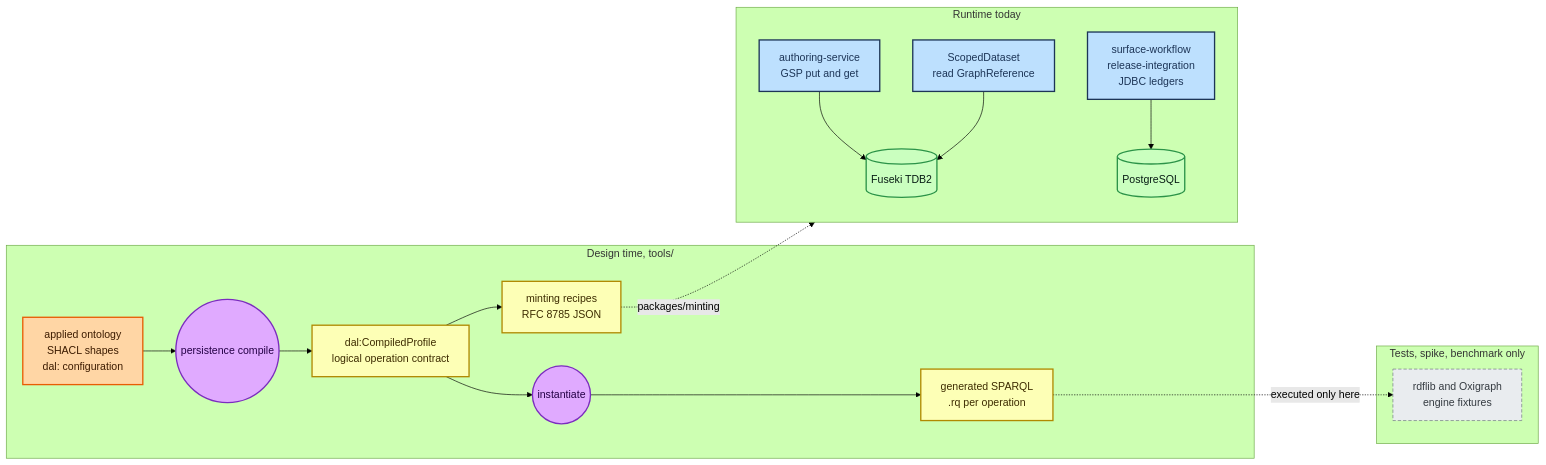
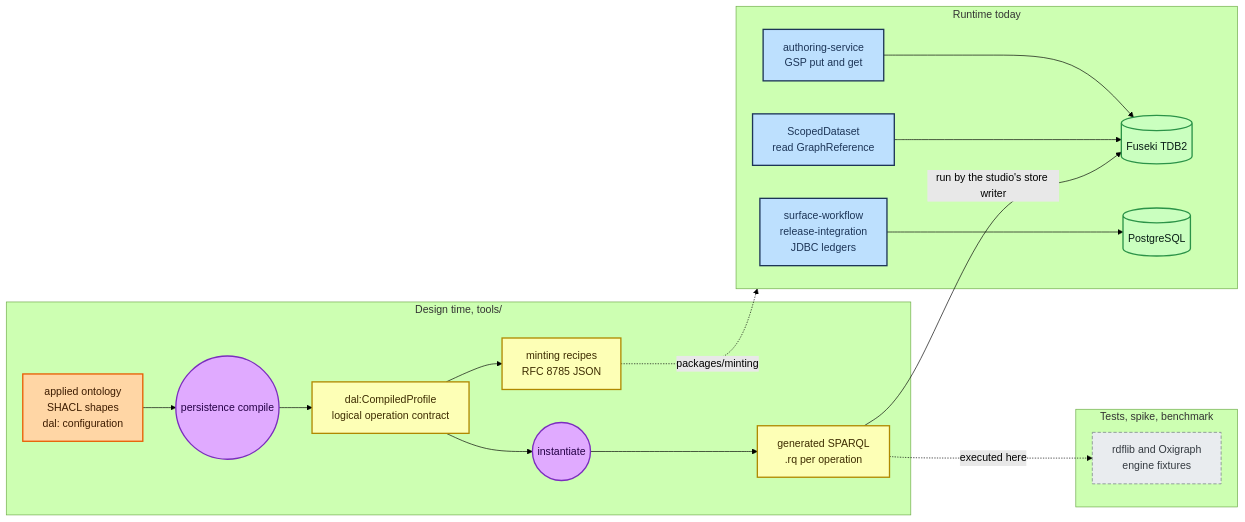
Before and after one commit to nebularis/lattice: the first of 8 diagrams in docs/developer/notes/lpg-backend-options.md, drawn with Mermaid (forest theme). The commit also changed other lines of this file and 1 other file, not shown here.

First line of the commit message:
Sketch the multi-store architecture, a store-neutral IR and the store port

````diff
--- a/docs/developer/notes/lpg-backend-options.md
+++ b/docs/developer/notes/lpg-backend-options.md
@@ -180,38 +161,39 @@
 ```mermaid
 flowchart LR
     classDef cfg fill:#ffd6a5,stroke:#e85d04,stroke-width:2px,color:#3d1c00
     classDef tool fill:#e0aaff,stroke:#7b2cbf,stroke-width:2px,color:#240046
     classDef art fill:#fdffb6,stroke:#b08900,stroke-width:2px,color:#3d2c00
     classDef run fill:#bde0fe,stroke:#1d3557,stroke-width:2px,color:#1d3557
     classDef store fill:#caffbf,stroke:#2b9348,stroke-width:2px,color:#081c15
     classDef test fill:#e9ecef,stroke:#6c757d,stroke-width:1px,color:#343a40,stroke-dasharray:5 3
 
     subgraph DESIGN["Design time, tools/"]
         CFG["applied ontology<br/>SHACL shapes<br/>dal: configuration"]:::cfg
         CMP(("persistence compile")):::tool
         PRF["dal:CompiledProfile<br/>logical operation contract"]:::art
         INS(("instantiate")):::tool
         RQ["generated SPARQL<br/>.rq per operation"]:::art
         REC["minting recipes<br/>RFC 8785 JSON"]:::art
         CFG --> CMP --> PRF --> INS --> RQ
         PRF --> REC
     end
 
     subgraph RUNTIME["Runtime today"]
         AUTH["authoring-service<br/>GSP put and get"]:::run
         SPI["ScopedDataset<br/>read GraphReference"]:::run
         JDBC["surface-workflow<br/>release-integration<br/>JDBC ledgers"]:::run
         FUS[("Fuseki TDB2")]:::store
         PG[("PostgreSQL")]:::store
         AUTH --> FUS
         SPI --> FUS
         JDBC --> PG
     end
 
-    subgraph TESTS["Tests, spike, benchmark only"]
+    subgraph TESTS["Tests, spike, benchmark"]
         ENG["rdflib and Oxigraph<br/>engine fixtures"]:::test
     end
 
-    RQ -. "executed only here" .-> ENG
+    RQ -. "executed here" .-> ENG
+    RQ -- "run by the studio's store writer" --> FUS
     REC -. "packages/minting" .-> RUNTIME
 ```
````
